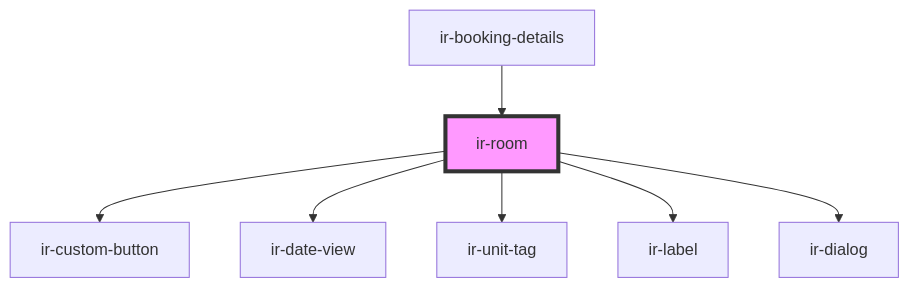
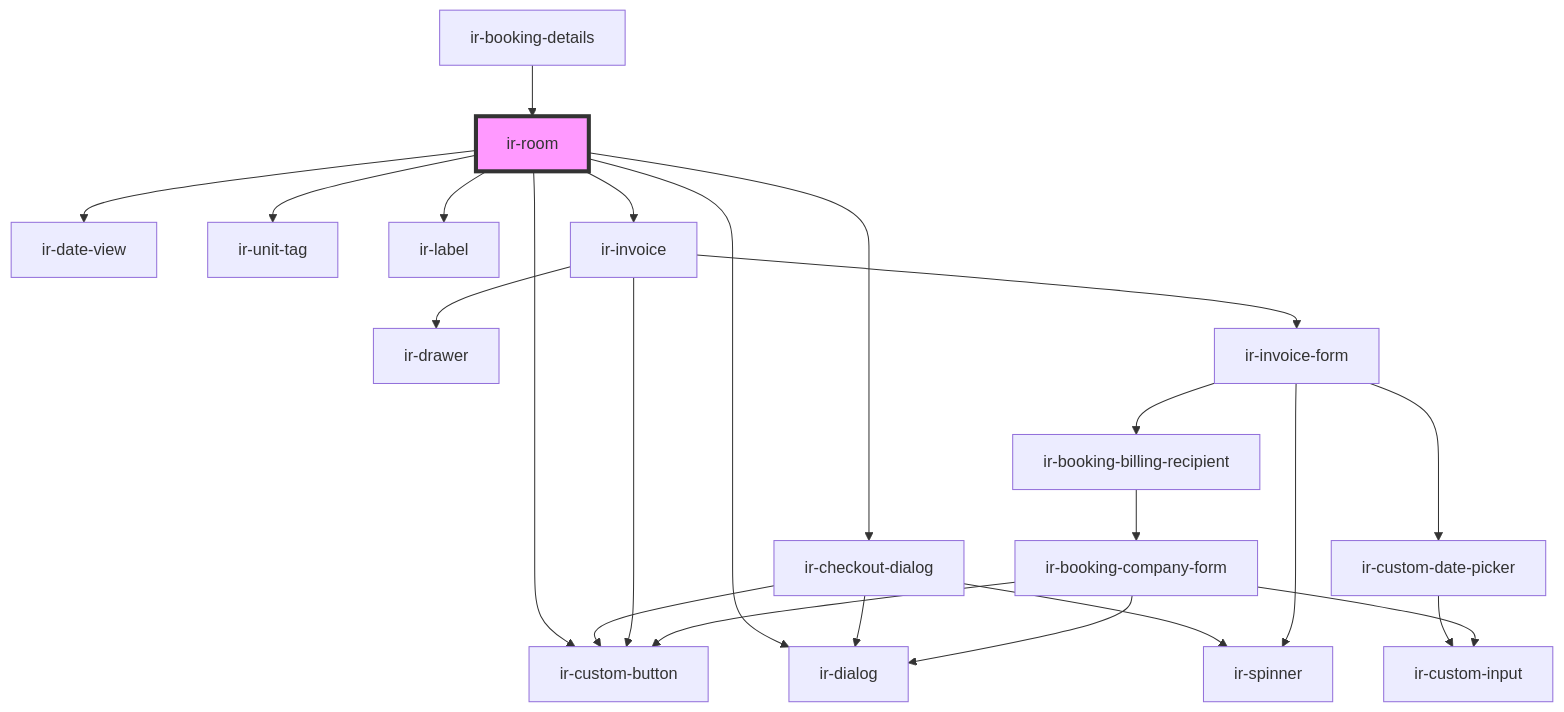
The diagram in src/components/ir-booking-details/ir-room/readme.md (David1Chowaifaty/modified-ir-webcmp), drawn with Mermaid before and after one commit. The commit also changed other lines of this file and 20 other files, not shown here.

````diff
--- a/src/components/ir-booking-details/ir-room/readme.md
+++ b/src/components/ir-booking-details/ir-room/readme.md
@@ -61,10 +63,26 @@
 ```mermaid
 graph TD;
   ir-room --> ir-custom-button
   ir-room --> ir-date-view
   ir-room --> ir-unit-tag
   ir-room --> ir-label
   ir-room --> ir-dialog
+  ir-room --> ir-checkout-dialog
+  ir-room --> ir-invoice
+  ir-checkout-dialog --> ir-dialog
+  ir-checkout-dialog --> ir-spinner
+  ir-checkout-dialog --> ir-custom-button
+  ir-invoice --> ir-drawer
+  ir-invoice --> ir-invoice-form
+  ir-invoice --> ir-custom-button
+  ir-invoice-form --> ir-spinner
+  ir-invoice-form --> ir-custom-date-picker
+  ir-invoice-form --> ir-booking-billing-recipient
+  ir-custom-date-picker --> ir-custom-input
+  ir-booking-billing-recipient --> ir-booking-company-form
+  ir-booking-company-form --> ir-dialog
+  ir-booking-company-form --> ir-custom-input
+  ir-booking-company-form --> ir-custom-button
   ir-booking-details --> ir-room
   style ir-room fill:#f9f,stroke:#333,stroke-width:4px
 ```
````
